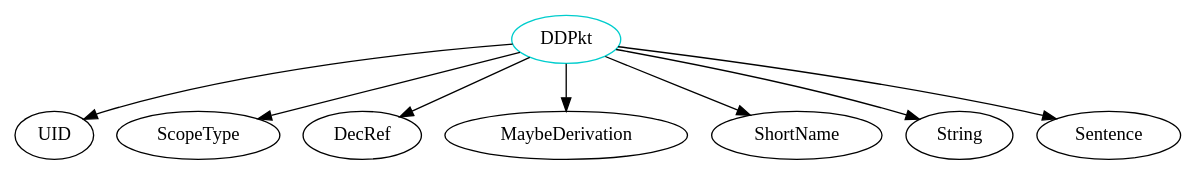
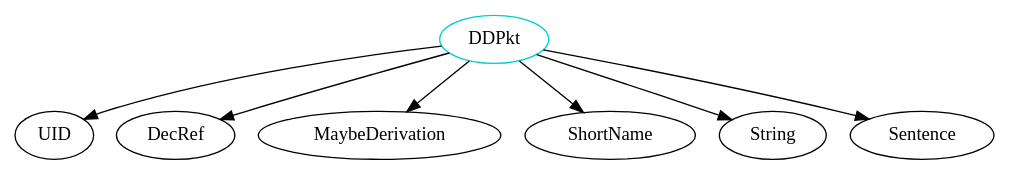
The diagram in analysis/TypeDependencyGraphs/theory/DDPkt.dot (JacquesCarette/Drasil), drawn with Graphviz before and after one commit. The commit also changed 528 other files, not shown here.

```diff
--- a/analysis/TypeDependencyGraphs/theory/DDPkt.dot
+++ b/analysis/TypeDependencyGraphs/theory/DDPkt.dot
@@ -1,10 +1,9 @@
 digraph ddpkt{
 DDPkt	[shape=oval, color=cyan3, label="DDPkt"];
 DDPkt -> UID;
-DDPkt -> ScopeType;
 DDPkt -> DecRef;
 DDPkt -> MaybeDerivation;
 DDPkt -> ShortName;
 DDPkt -> String;
 DDPkt -> Sentence;
 }
```
